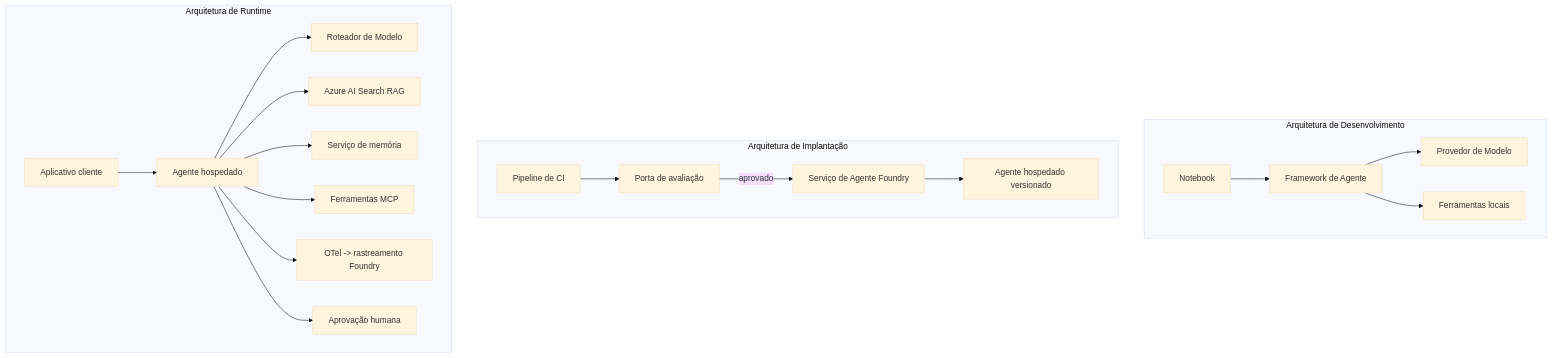
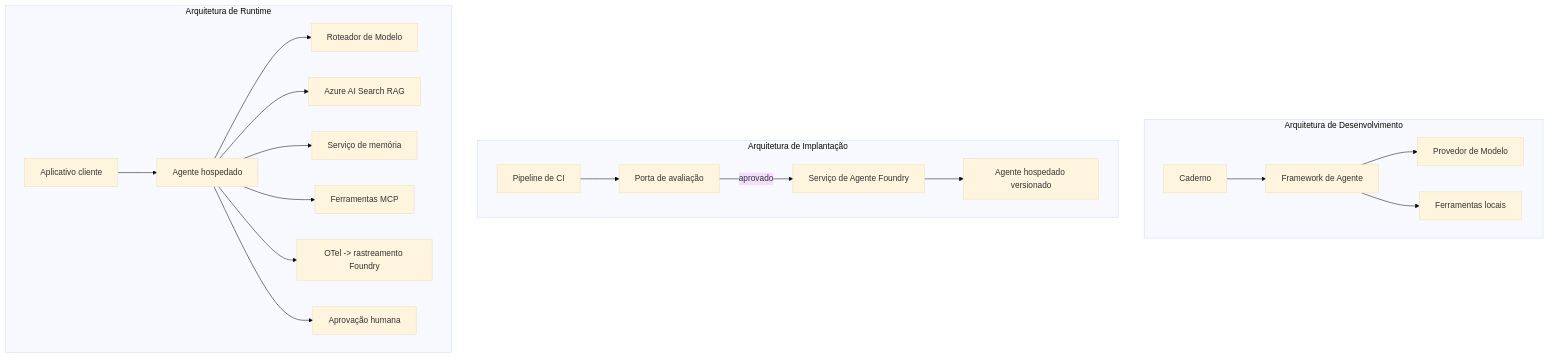
One commit to microsoft/ai-agents-for-beginners changed the fourth of 4 diagrams in translations/pt-BR/16-deploying-scalable-agents/README.md. Above: the diagram before and after it, drawn with Mermaid (base theme). The commit also changed other lines of this file and 46 other files, not shown here.

````diff
--- a/translations/pt-BR/16-deploying-scalable-agents/README.md
+++ b/translations/pt-BR/16-deploying-scalable-agents/README.md
@@ -186,22 +185,22 @@
 ```mermaid
 flowchart TB
     subgraph Dev[Arquitetura de Desenvolvimento]
-        D1[Notebook] --> D2[Framework de Agente]
+        D1[Caderno] --> D2[Framework de Agente]
         D2 --> D3[Provedor de Modelo]
         D2 --> D4[Ferramentas locais]
     end
     subgraph Deploy[Arquitetura de Implantação]
         E1[Pipeline de CI] --> E2[Porta de avaliação]
         E2 -->|aprovado| E3[Serviço de Agente Foundry]
         E3 --> E4[Agente hospedado versionado]
     end
     subgraph Run[Arquitetura de Runtime]
         F1[Aplicativo cliente] --> F2[Agente hospedado]
         F2 --> F3[Roteador de Modelo]
         F2 --> F4[Azure AI Search RAG]
         F2 --> F5[Serviço de memória]
         F2 --> F6[Ferramentas MCP]
         F2 --> F7[OTel -> rastreamento Foundry]
         F2 --> F8[Aprovação humana]
     end
 ```
````
